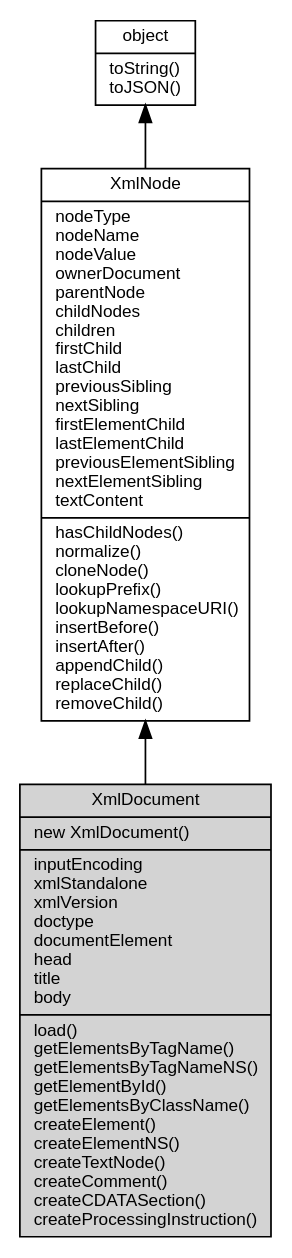
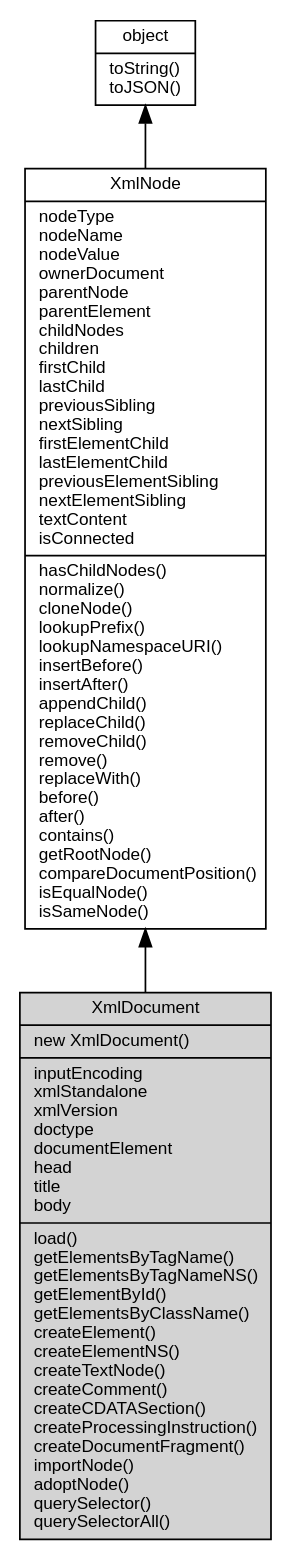
One commit to fibjs/fibjs.org changed the diagram in docs/manual/object/ifs/XmlDocument.md. Above: the diagram before and after it, drawn with Graphviz. The commit also changed other lines of this file and 148 other files, not shown here.

First line of the commit message:
feat: add ZlibCodec documentation and update object graph

````diff
--- a/docs/manual/object/ifs/XmlDocument.md
+++ b/docs/manual/object/ifs/XmlDocument.md
@@ -31,12 +31,12 @@
 ```dot
 digraph {
     node [fontname="Helvetica,sans-Serif", fontsize=10, shape="record", style="filled", fillcolor="white"];
 
     object [tooltip="object", URL="object.md", label="{object|toString()\ltoJSON()\l}"];
-    XmlNode [tooltip="XmlNode", URL="XmlNode.md", label="{XmlNode|nodeType\lnodeName\lnodeValue\lownerDocument\lparentNode\lchildNodes\lchildren\lfirstChild\llastChild\lpreviousSibling\lnextSibling\lfirstElementChild\llastElementChild\lpreviousElementSibling\lnextElementSibling\ltextContent\l|hasChildNodes()\lnormalize()\lcloneNode()\llookupPrefix()\llookupNamespaceURI()\linsertBefore()\linsertAfter()\lappendChild()\lreplaceChild()\lremoveChild()\l}"];
-    XmlDocument [tooltip="XmlDocument", fillcolor="lightgray", id="me", label="{XmlDocument|new XmlDocument()\l|inputEncoding\lxmlStandalone\lxmlVersion\ldoctype\ldocumentElement\lhead\ltitle\lbody\l|load()\lgetElementsByTagName()\lgetElementsByTagNameNS()\lgetElementById()\lgetElementsByClassName()\lcreateElement()\lcreateElementNS()\lcreateTextNode()\lcreateComment()\lcreateCDATASection()\lcreateProcessingInstruction()\l}"];
+    XmlNode [tooltip="XmlNode", URL="XmlNode.md", label="{XmlNode|nodeType\lnodeName\lnodeValue\lownerDocument\lparentNode\lparentElement\lchildNodes\lchildren\lfirstChild\llastChild\lpreviousSibling\lnextSibling\lfirstElementChild\llastElementChild\lpreviousElementSibling\lnextElementSibling\ltextContent\lisConnected\l|hasChildNodes()\lnormalize()\lcloneNode()\llookupPrefix()\llookupNamespaceURI()\linsertBefore()\linsertAfter()\lappendChild()\lreplaceChild()\lremoveChild()\lremove()\lreplaceWith()\lbefore()\lafter()\lcontains()\lgetRootNode()\lcompareDocumentPosition()\lisEqualNode()\lisSameNode()\l}"];
+    XmlDocument [tooltip="XmlDocument", fillcolor="lightgray", id="me", label="{XmlDocument|new XmlDocument()\l|inputEncoding\lxmlStandalone\lxmlVersion\ldoctype\ldocumentElement\lhead\ltitle\lbody\l|load()\lgetElementsByTagName()\lgetElementsByTagNameNS()\lgetElementById()\lgetElementsByClassName()\lcreateElement()\lcreateElementNS()\lcreateTextNode()\lcreateComment()\lcreateCDATASection()\lcreateProcessingInstruction()\lcreateDocumentFragment()\limportNode()\ladoptNode()\lquerySelector()\lquerySelectorAll()\l}"];
 
     object -> XmlNode [dir=back];
     XmlNode -> XmlDocument [dir=back];
 }
 ```
````
